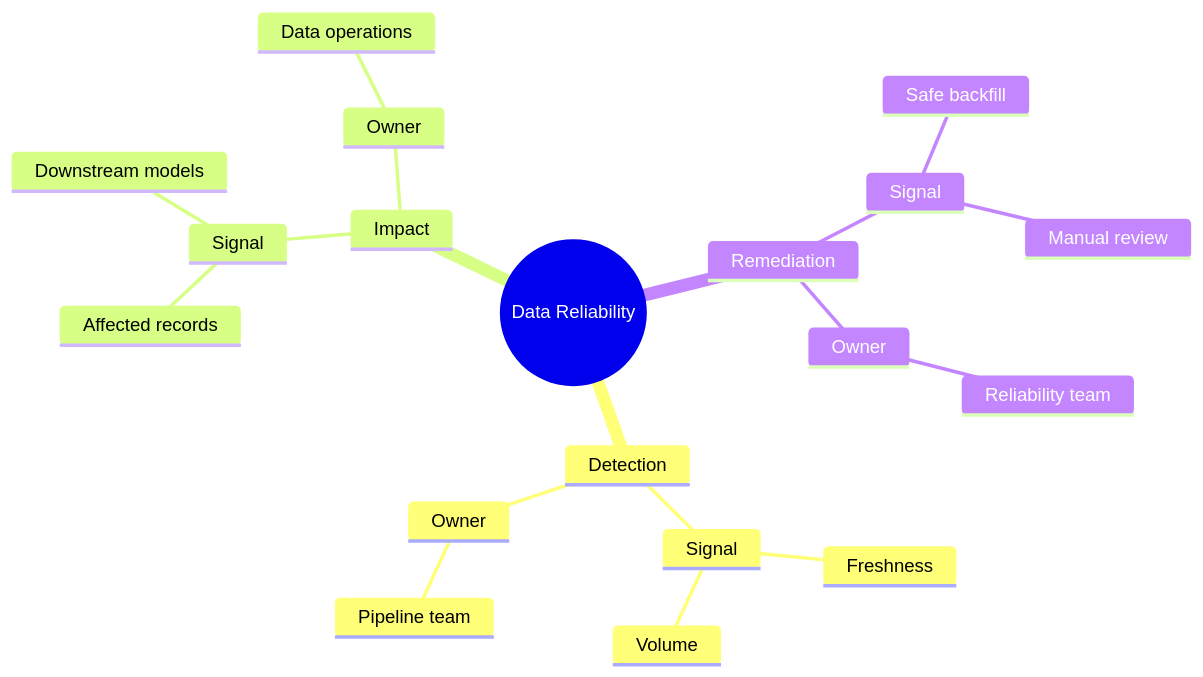
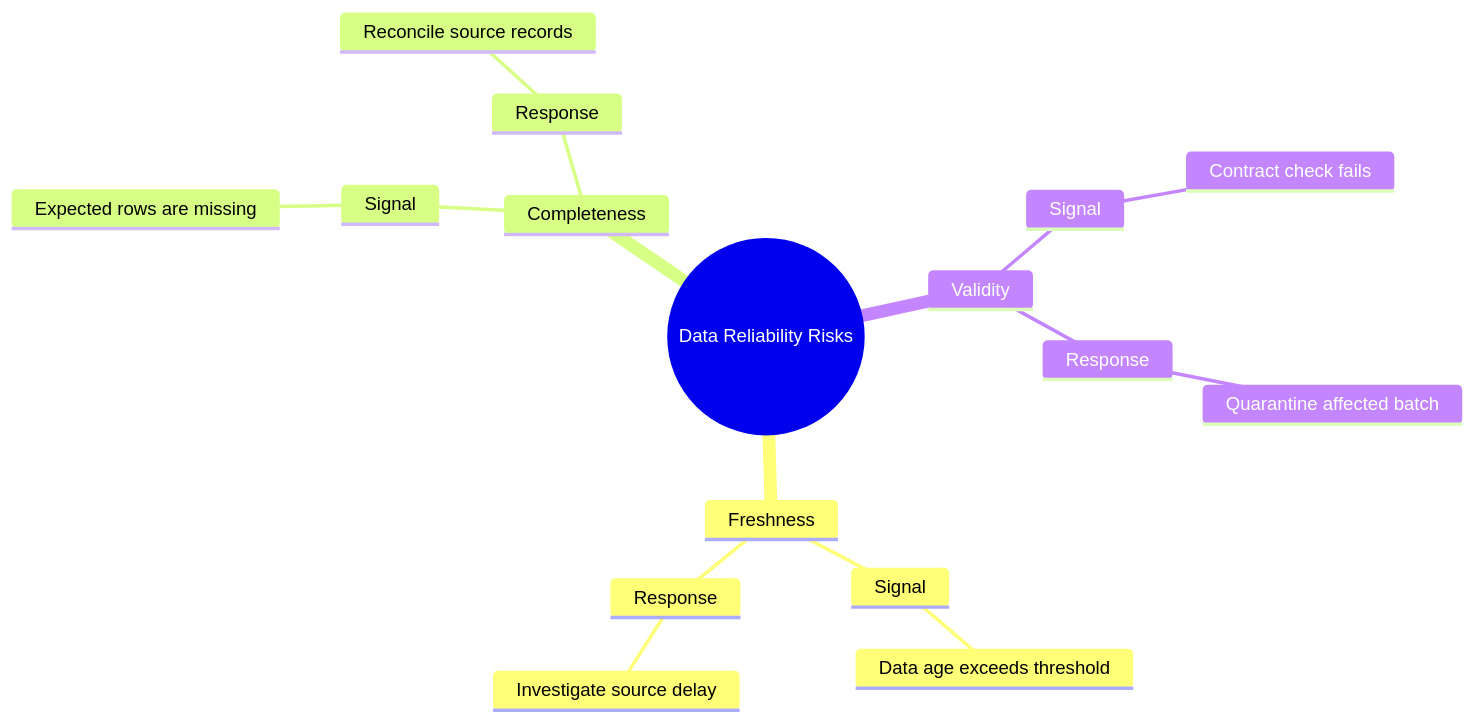
The third of 3 diagrams in src/rulesync/.rulesync/skills/mols-mermaid-diagram/references/examples/mindmap.md (mols3131d/mols-agent-assets), drawn with Mermaid before and after one commit. The commit also changed other lines of this file and 17 other files, not shown here.

Commit message:
feat(mermaid): viewport 및 reference 지침 개선

````diff
--- a/src/rulesync/.rulesync/skills/mols-mermaid-diagram/references/examples/mindmap.md
+++ b/src/rulesync/.rulesync/skills/mols-mermaid-diagram/references/examples/mindmap.md
@@ -47,22 +47,19 @@
 ```mermaid
 mindmap
-    root((Data Reliability))
-        Detection
+    root((Data Reliability Risks))
+        Freshness
             Signal
-                Freshness
-                Volume
-            Owner
-                Pipeline team
-        Impact
+                Data age exceeds threshold
+            Response
+                Investigate source delay
+        Completeness
             Signal
-                Affected records
-                Downstream models
-            Owner
-                Data operations
-        Remediation
+                Expected rows are missing
+            Response
+                Reconcile source records
+        Validity
             Signal
-                Safe backfill
-                Manual review
-            Owner
-                Reliability team
+                Contract check fails
+            Response
+                Quarantine affected batch
 ```
````
